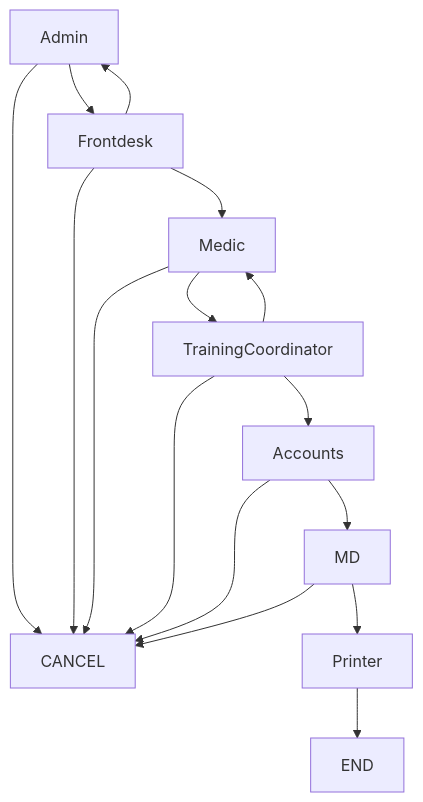
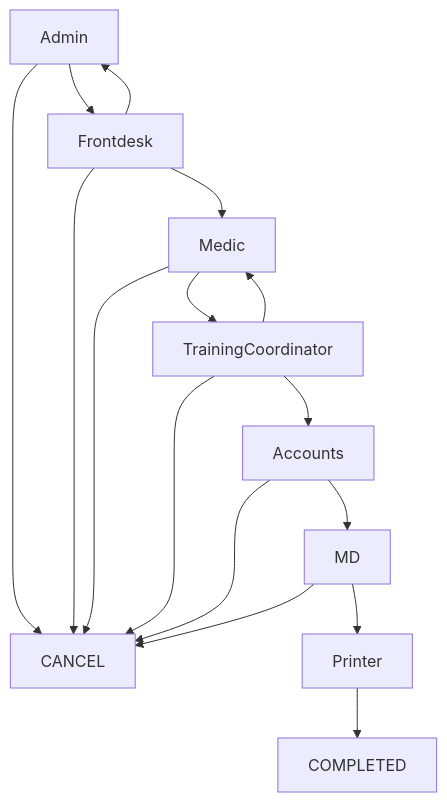
The diagram in README.md (omelendrez/axis-frontend), drawn with Mermaid before and after one commit.

````diff
--- a/README.md
+++ b/README.md
@@ -116,18 +116,18 @@
 ```mermaid
 graph TD;
     Admin-->Frontdesk;
     Admin-->CANCEL;
     Frontdesk-->Admin;
     Frontdesk-->Medic;
     Frontdesk-->CANCEL;
     Medic-->CANCEL;
     Medic-->TrainingCoordinator;
     TrainingCoordinator-->Medic;
     TrainingCoordinator-->CANCEL;
     TrainingCoordinator-->Accounts;
     Accounts-->MD;
     Accounts-->CANCEL;
     MD-->Printer;
     MD-->CANCEL;
-    Printer-->END
+    Printer-->COMPLETED;
 ```
````
